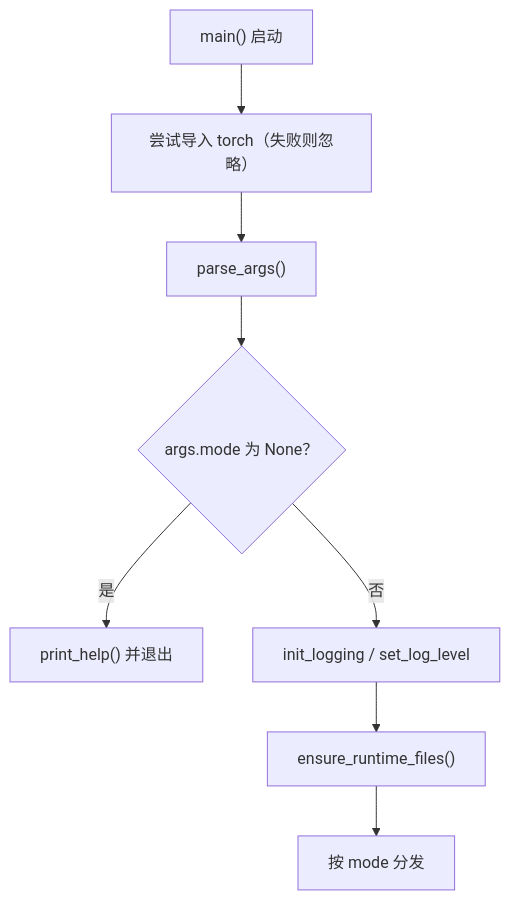
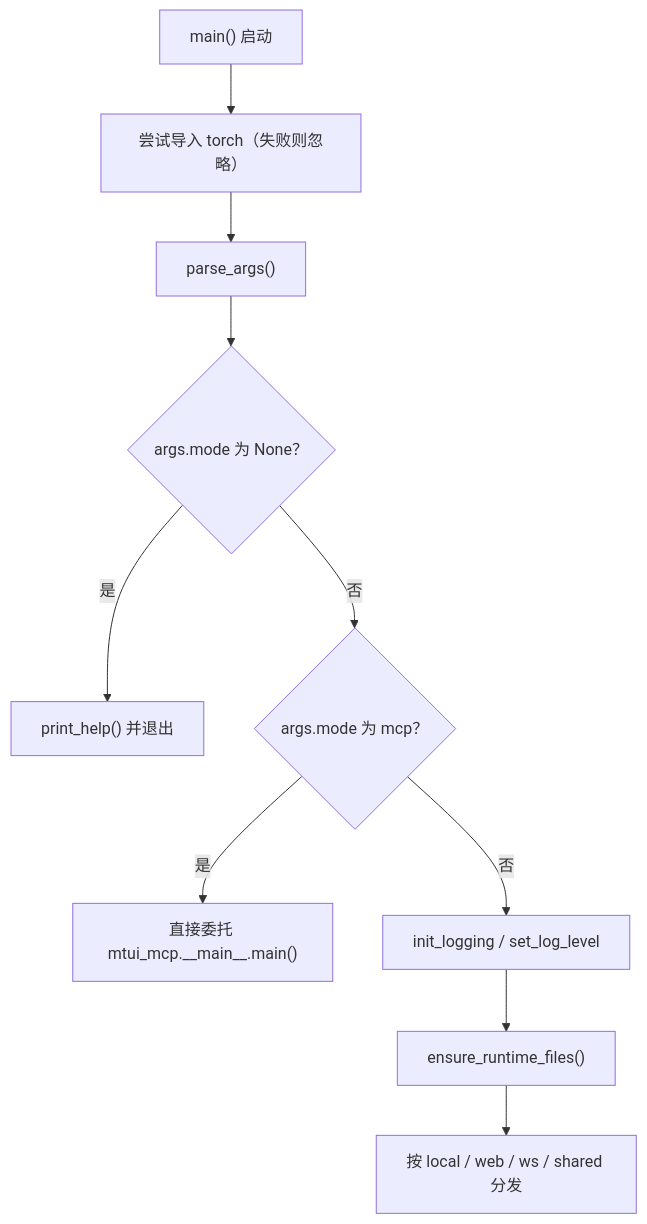
Before and after one commit to hgmzhn/manga-translator-ui: the second of 2 diagrams in doc/wiki/zh/cli/command-structure.md, drawn with Mermaid. The commit also changed other lines of this file and 80 other files, not shown here.

First line of the commit message:
feat(mcp): integrate MTUI-MCP server with desktop auto-start and live GUI bridge

````diff
--- a/doc/wiki/zh/cli/command-structure.md
+++ b/doc/wiki/zh/cli/command-structure.md
@@ -86,10 +90,12 @@
 ```mermaid
 flowchart TD
     S["main() 启动"] --> T["尝试导入 torch（失败则忽略）"]
     T --> U["parse_args()"]
     U --> V{"args.mode 为 None？"}
     V -->|"是"| W["print_help() 并退出"]
-    V -->|"否"| X["init_logging / set_log_level"]
+    V -->|"否"| M{"args.mode 为 mcp？"}
+    M -->|"是"| M1["直接委托 mtui_mcp.__main__.main()"]
+    M -->|"否"| X["init_logging / set_log_level"]
     X --> Y["ensure_runtime_files()"]
-    Y --> Z["按 mode 分发"]
+    Y --> Z["按 local / web / ws / shared 分发"]
 ```
````
